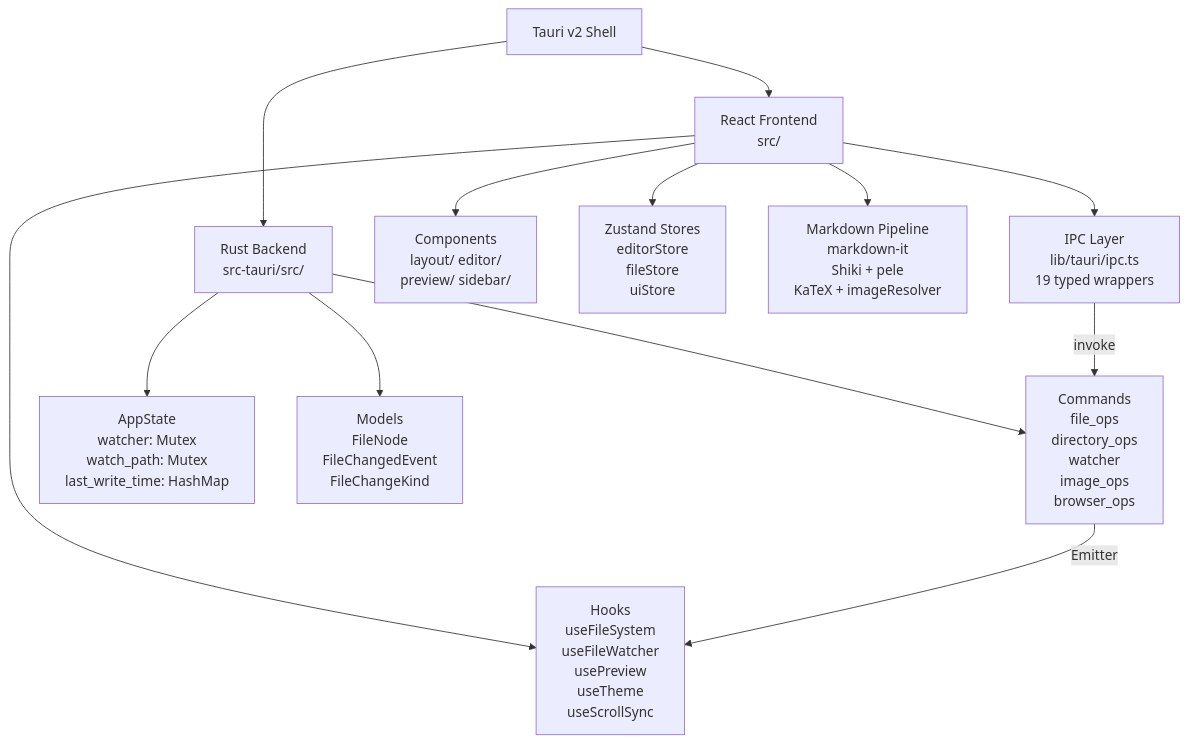
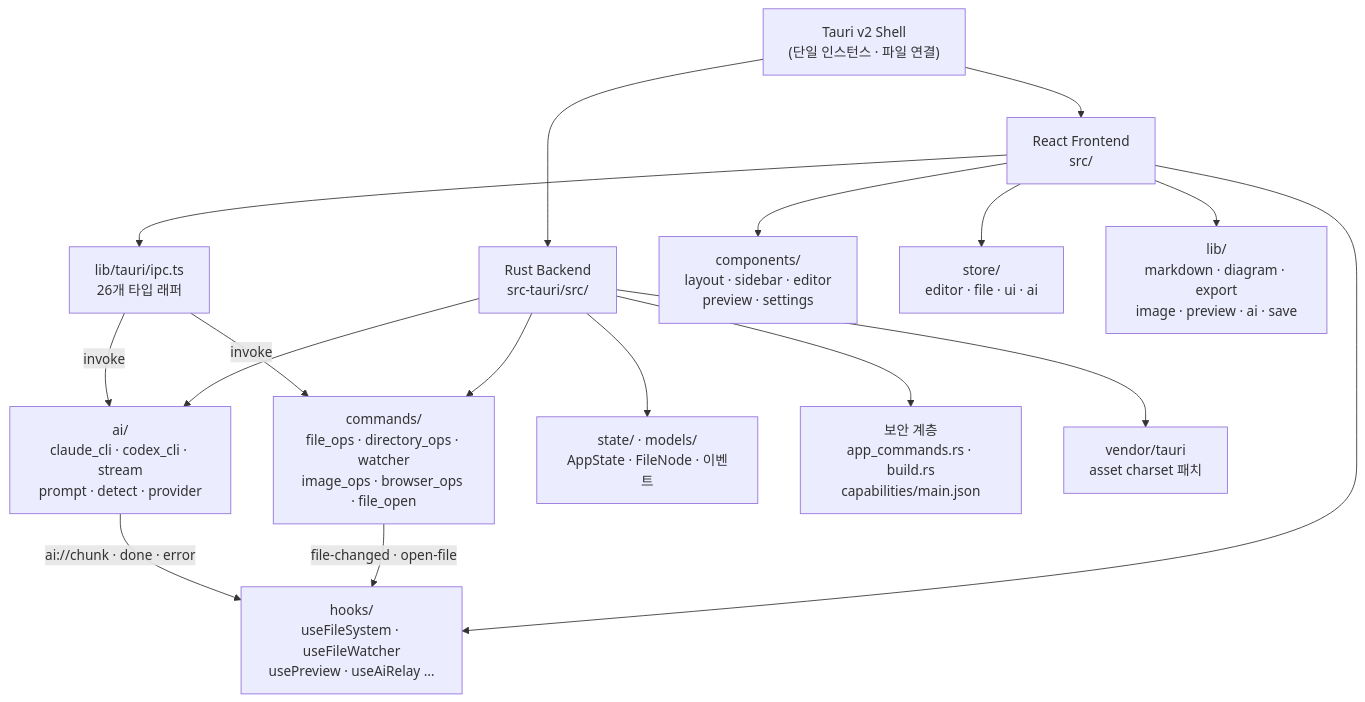
The diagram in .moai/project/codemaps/overview.md (bjw202/mdedit), drawn with Mermaid before and after one commit. The commit also changed other lines of this file and 4 other files, not shown here.

````diff
--- a/.moai/project/codemaps/overview.md
+++ b/.moai/project/codemaps/overview.md
@@ -25,33 +35,37 @@
 ```mermaid
 graph TD
-    A["Tauri v2 Shell"]
-    
+    A["Tauri v2 Shell<br/>(단일 인스턴스 · 파일 연결)"]
+
     B["Rust Backend<br/>src-tauri/src/"]
     C["React Frontend<br/>src/"]
-    
-    B1["Commands<br/>file_ops<br/>directory_ops<br/>watcher<br/>image_ops<br/>browser_ops"]
-    B2["AppState<br/>watcher: Mutex<br/>watch_path: Mutex<br/>last_write_time: HashMap"]
-    B3["Models<br/>FileNode<br/>FileChangedEvent<br/>FileChangeKind"]
-    
-    C1["IPC Layer<br/>lib/tauri/ipc.ts<br/>19 typed wrappers"]
-    C2["Components<br/>layout/ editor/<br/>preview/ sidebar/"]
-    C3["Hooks<br/>useFileSystem<br/>useFileWatcher<br/>usePreview<br/>useTheme<br/>useScrollSync"]
-    C4["Zustand Stores<br/>editorStore<br/>fileStore<br/>uiStore"]
-    C5["Markdown Pipeline<br/>markdown-it<br/>Shiki + pele<br/>KaTeX + imageResolver"]
-    
+
+    B1["commands/<br/>file_ops · directory_ops · watcher<br/>image_ops · browser_ops · file_open"]
+    B2["ai/<br/>claude_cli · codex_cli · stream<br/>prompt · detect · provider"]
+    B3["state/ · models/<br/>AppState · FileNode · 이벤트"]
+    B4["보안 계층<br/>app_commands.rs · build.rs<br/>capabilities/main.json"]
+    B5["vendor/tauri<br/>asset charset 패치"]
+
+    C1["lib/tauri/ipc.ts<br/>26개 타입 래퍼"]
+    C2["components/<br/>layout · sidebar · editor<br/>preview · settings"]
+    C3["hooks/<br/>useFileSystem · useFileWatcher<br/>usePreview · useAiRelay …"]
+    C4["store/<br/>editor · file · ui · ai"]
+    C5["lib/<br/>markdown · diagram · export<br/>image · preview · ai · save"]
+
     A --> B
     A --> C
-    
     B --> B1
     B --> B2
     B --> B3
-    
+    B --> B4
+    B --> B5
     C --> C1
     C --> C2
     C --> C3
     C --> C4
     C --> C5
-    
+
     C1 -->|invoke| B1
-    B1 -->|Emitter| C3
+    C1 -->|invoke| B2
+    B1 -->|"file-changed · open-file"| C3
+    B2 -->|"ai://chunk · done · error"| C3
 ```
````
